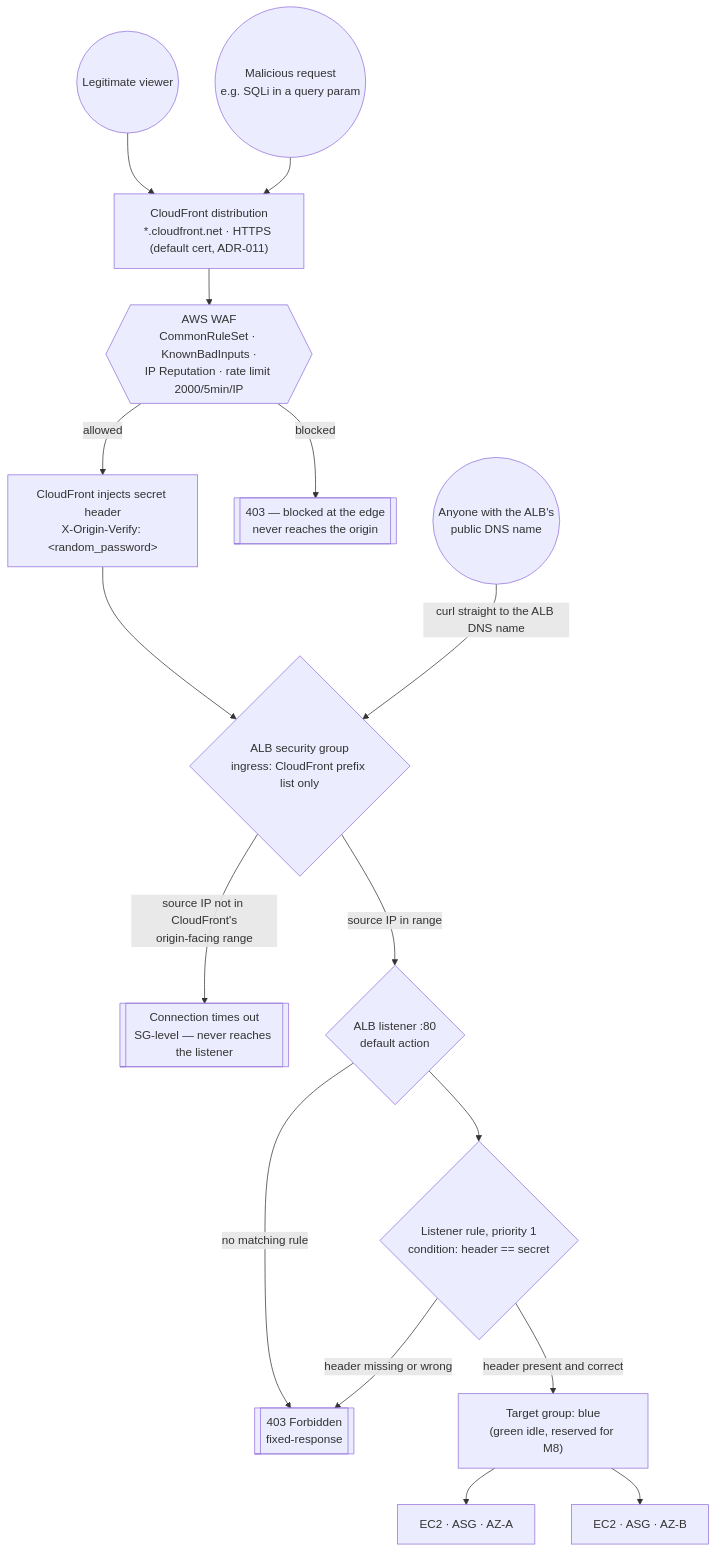
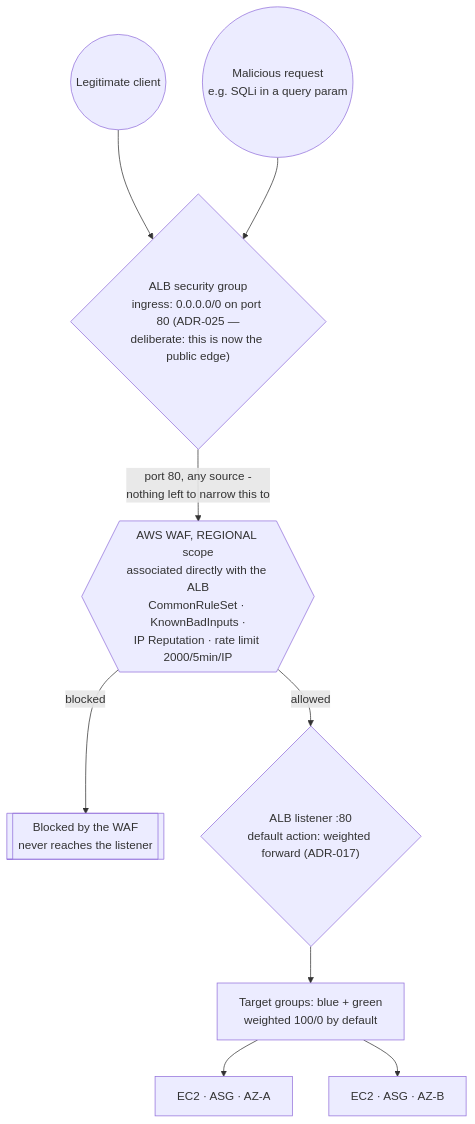
One commit to Mouad852/cloudforge changed the diagram in docs/diagrams/traffic-flow.md. Above: the diagram before and after it, drawn with Mermaid. The commit also changed other lines of this file and 2 other files, not shown here.

Commit message:
docs(diagrams): redraw traffic and data flow without CloudFront

````diff
--- a/docs/diagrams/traffic-flow.md
+++ b/docs/diagrams/traffic-flow.md
@@ -5,43 +15,24 @@
 ```mermaid
 flowchart TB
-    Viewer(("Legitimate viewer"))
-    Direct(("Anyone with the ALB's<br/>public DNS name"))
+    Viewer(("Legitimate client"))
     Malicious(("Malicious request<br/>e.g. SQLi in a query param"))
 
-    CF["CloudFront distribution<br/>*.cloudfront.net · HTTPS (default cert, ADR-011)"]
-    WAF{{"AWS WAF<br/>CommonRuleSet · KnownBadInputs ·<br/>IP Reputation · rate limit 2000/5min/IP"}}
-    WAFBlock[["403 — blocked at the edge<br/>never reaches the origin"]]
+    SG{"ALB security group<br/>ingress: 0.0.0.0/0 on port 80 (ADR-025 —<br/>deliberate: this is now the public edge)"}
+    WAF{{"AWS WAF, REGIONAL scope<br/>associated directly with the ALB<br/>CommonRuleSet · KnownBadInputs ·<br/>IP Reputation · rate limit 2000/5min/IP"}}
+    WAFBlock[["Blocked by the WAF<br/>never reaches the listener"]]
 
-    Header["CloudFront injects secret header<br/>X-Origin-Verify: &lt;random_password&gt;"]
+    Listener{"ALB listener :80<br/>default action: weighted forward (ADR-017)"}
 
-    SG{"ALB security group<br/>ingress: CloudFront prefix list only"}
-    SGBlock[["Connection times out<br/>SG-level — never reaches the listener"]]
-
-    Listener{"ALB listener :80<br/>default action"}
-    Rule{"Listener rule, priority 1<br/>condition: header == secret"}
-    Forbidden[["403 Forbidden<br/>fixed-response"]]
-
-    TG["Target group: blue<br/>(green idle, reserved for M8)"]
+    TG["Target groups: blue + green<br/>weighted 100/0 by default"]
     ASG_A["EC2 · ASG · AZ-A"]
     ASG_B["EC2 · ASG · AZ-B"]
 
-    Viewer --> CF
-    Malicious --> CF
-    CF --> WAF
+    Viewer --> SG
+    Malicious --> SG
+    SG -->|"port 80, any source -<br/>nothing left to narrow this to"| WAF
     WAF -->|blocked| WAFBlock
-    WAF -->|allowed| Header
-    Header --> SG
-
-    Direct -->|"curl straight to the ALB DNS name"| SG
-
-    SG -->|"source IP not in CloudFront's<br/>origin-facing range"| SGBlock
-    SG -->|"source IP in range"| Listener
-
-    Listener -->|"no matching rule"| Forbidden
-    Listener --> Rule
-    Rule -->|"header present and correct"| TG
-    Rule -->|"header missing or wrong"| Forbidden
-
+    WAF -->|allowed| Listener
+    Listener --> TG
     TG --> ASG_A
     TG --> ASG_B
 ```
````
